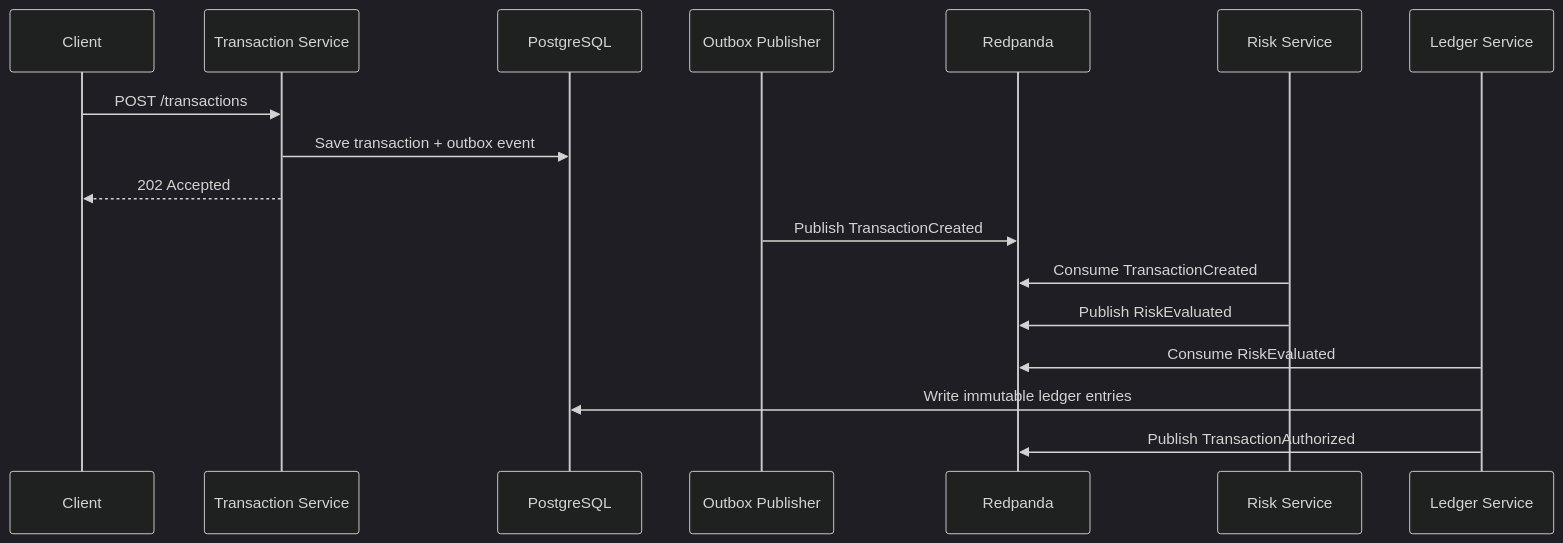
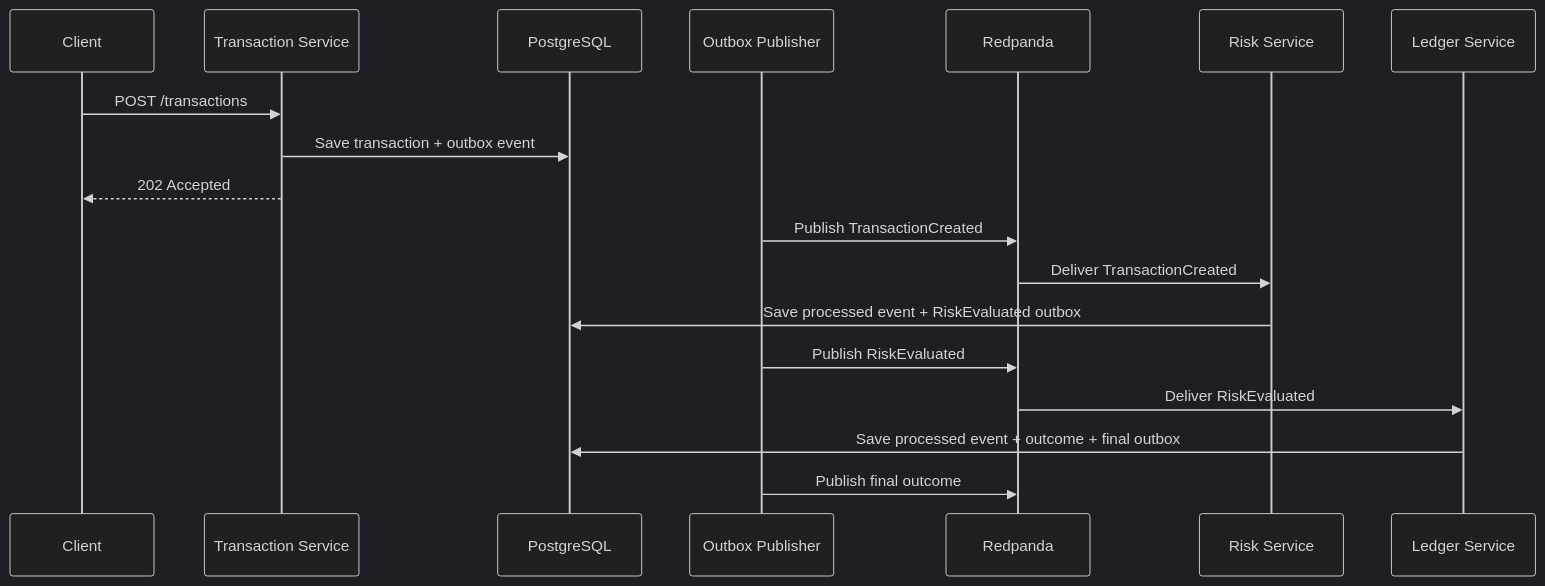
The diagram in README.md (CTran10/clearance), drawn with Mermaid (dark theme) before and after one commit. The commit also changed other lines of this file and 17 other files, not shown here.

````diff
--- a/README.md
+++ b/README.md
@@ -162,19 +169,20 @@
 ```mermaid
 sequenceDiagram
     participant Client
     participant Tx as Transaction Service
     participant DB as PostgreSQL
     participant Outbox as Outbox Publisher
     participant Kafka as Redpanda
     participant Risk as Risk Service
     participant Ledger as Ledger Service
     Client->>Tx: POST /transactions
     Tx->>DB: Save transaction + outbox event
     Tx-->>Client: 202 Accepted
     Outbox->>Kafka: Publish TransactionCreated
-    Risk->>Kafka: Consume TransactionCreated
-    Risk->>Kafka: Publish RiskEvaluated
-    Ledger->>Kafka: Consume RiskEvaluated
-    Ledger->>DB: Write immutable ledger entries
-    Ledger->>Kafka: Publish TransactionAuthorized
+    Kafka->>Risk: Deliver TransactionCreated
+    Risk->>DB: Save processed event + RiskEvaluated outbox
+    Outbox->>Kafka: Publish RiskEvaluated
+    Kafka->>Ledger: Deliver RiskEvaluated
+    Ledger->>DB: Save processed event + outcome + final outbox
+    Outbox->>Kafka: Publish final outcome
 ```
````
